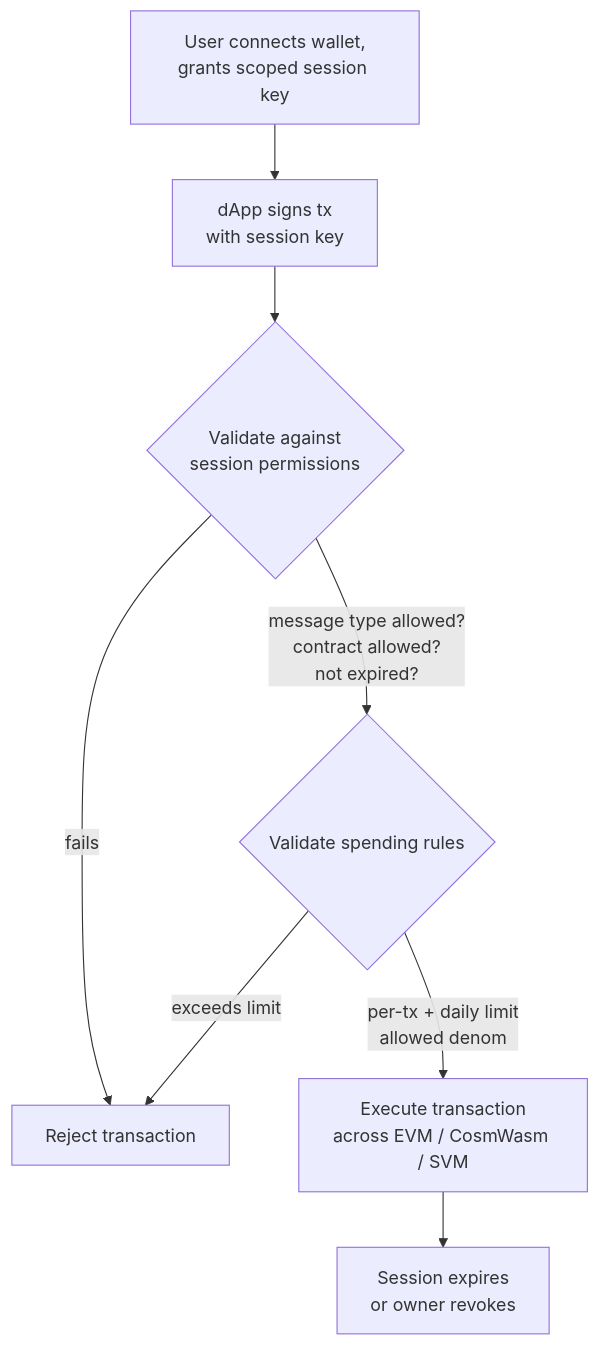
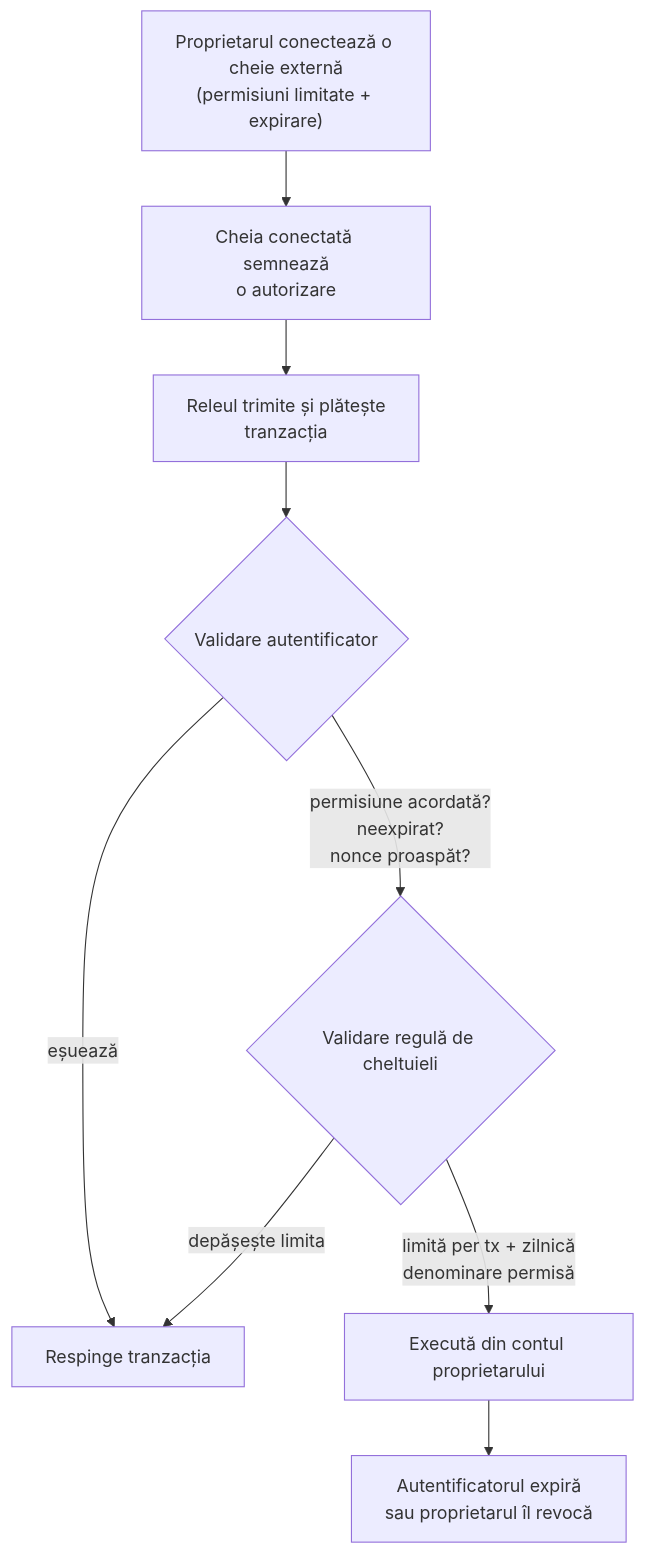
The diagram in i18n/ro/docusaurus-plugin-content-docs/current/developer-guide/account-abstraction.md (qorechain/qorechain-docs), drawn with Mermaid before and after one commit. The commit also changed other lines of this file and 1055 other files, not shown here.

````diff
--- a/i18n/ro/docusaurus-plugin-content-docs/current/developer-guide/account-abstraction.md
+++ b/i18n/ro/docusaurus-plugin-content-docs/current/developer-guide/account-abstraction.md
@@ -28,10 +34,11 @@
 ```mermaid
 flowchart TD
-    A["User connects wallet,<br/>grants scoped session key"] --> B["dApp signs tx<br/>with session key"]
-    B --> C{"Validate against<br/>session permissions"}
-    C -- "message type allowed?<br/>contract allowed?<br/>not expired?" --> D{"Validate spending rules"}
-    C -- "fails" --> R["Reject transaction"]
-    D -- "per-tx + daily limit<br/>allowed denom" --> E["Execute transaction<br/>across EVM / CosmWasm / SVM"]
-    D -- "exceeds limit" --> R
-    E --> F["Session expires<br/>or owner revokes"]
+    A["Proprietarul conectează o cheie externă<br/>(permisiuni limitate + expirare)"] --> B["Cheia conectată semnează<br/>o autorizare"]
+    B --> C["Releul trimite și plătește<br/>tranzacția"]
+    C --> D{"Validare autentificator"}
+    D -- "permisiune acordată?<br/>neexpirat?<br/>nonce proaspăt?" --> E{"Validare regulă de cheltuieli"}
+    D -- "eșuează" --> R["Respinge tranzacția"]
+    E -- "limită per tx + zilnică<br/>denominare permisă" --> F["Execută din contul proprietarului"]
+    E -- "depășește limita" --> R
+    F --> G["Autentificatorul expiră<br/>sau proprietarul îl revocă"]
 ```
````
